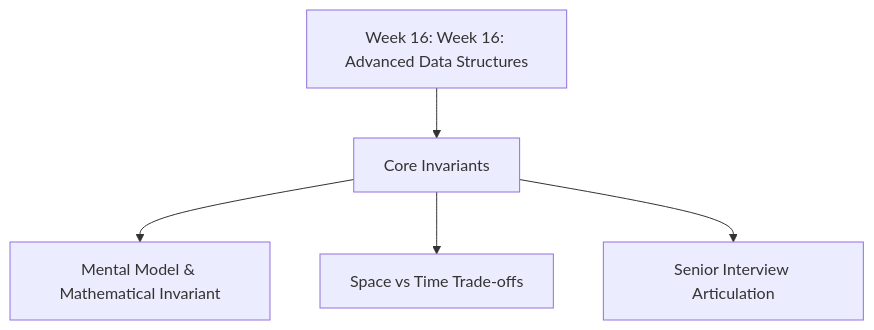
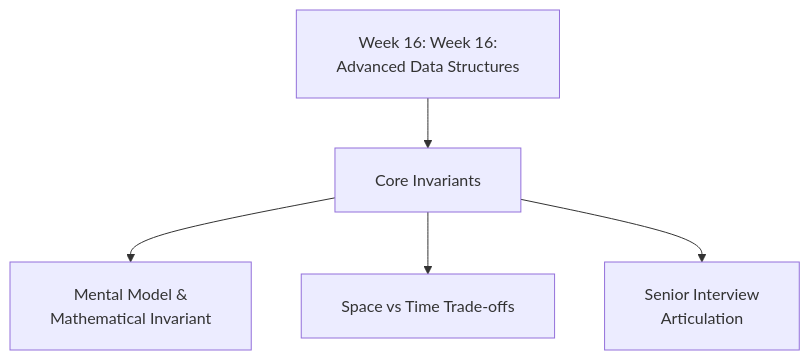
The diagram in week_16_advanced_data_structures/WEEK_16_FULL_PLAYBOOK.md (dip4k/DSA_102), drawn with Mermaid before and after one commit. The commit also changed 108 other files, not shown here.

First line of the commit message:
fix(mermaid): resolve diagram clipping, padding, and syntax issues across repo

````diff
--- a/week_16_advanced_data_structures/WEEK_16_FULL_PLAYBOOK.md
+++ b/week_16_advanced_data_structures/WEEK_16_FULL_PLAYBOOK.md
@@ -13,7 +13,8 @@
 ```mermaid
+%%{init: {"flowchart": {"htmlLabels": true, "padding": 20}}}%%
 flowchart TD
-    W["Week 16: Week 16: Advanced Data Structures"] --> Core["Core Invariants"]
-    Core --> P1["Mental Model & Mathematical Invariant"]
+    W["Week 16: Week 16:<br/>Advanced Data Structures"] --> Core["Core Invariants"]
+    Core --> P1["Mental Model &<br/>Mathematical Invariant"]
     Core --> P2["Space vs Time Trade-offs"]
-    Core --> P3["Senior Interview Articulation"]
+    Core --> P3["Senior Interview<br/>Articulation"]
 ```
````
